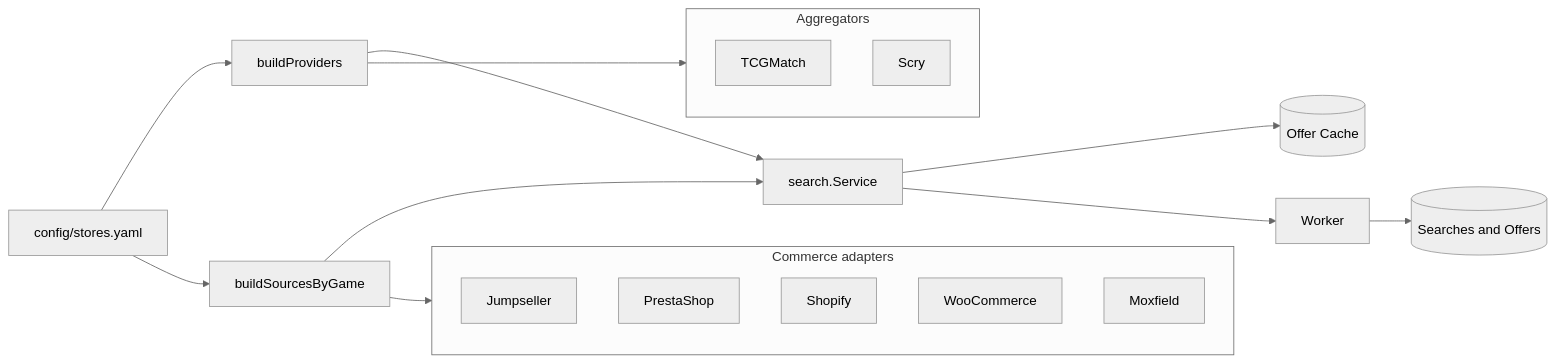
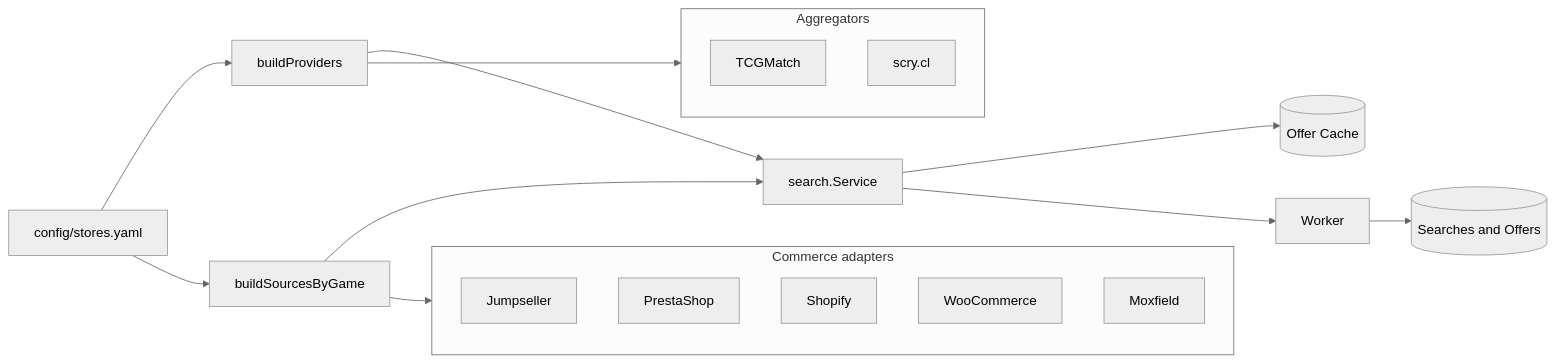
Before and after one commit to metaliaw/muchi: the second of 2 diagrams in backend/docs/game-search-providers.md, drawn with Mermaid (neutral theme). The commit also changed 68 other files, not shown here.

````diff
--- a/backend/docs/game-search-providers.md
+++ b/backend/docs/game-search-providers.md
@@ -41,27 +41,27 @@
 ```mermaid
 flowchart LR
     YAML[config/stores.yaml] --> Providers[buildProviders]
     YAML --> GameSources[buildSourcesByGame]
 
     Providers --> Service[search.Service]
     GameSources --> Service
 
     subgraph Aggregators[Aggregators]
         TCGMatch[TCGMatch]
-        Scry[Scry]
+        ScryCL[scry.cl]
     end
 
     subgraph Commerce[Commerce adapters]
         Jumpseller[Jumpseller]
         PrestaShop[PrestaShop]
         Shopify[Shopify]
         WooCommerce[WooCommerce]
         Moxfield[Moxfield]
     end
 
     Providers --> Aggregators
     GameSources --> Commerce
     Service --> Cache[(Offer Cache)]
     Service --> Worker[Worker]
     Worker --> Firestore[(Searches and Offers)]
 ```
````
